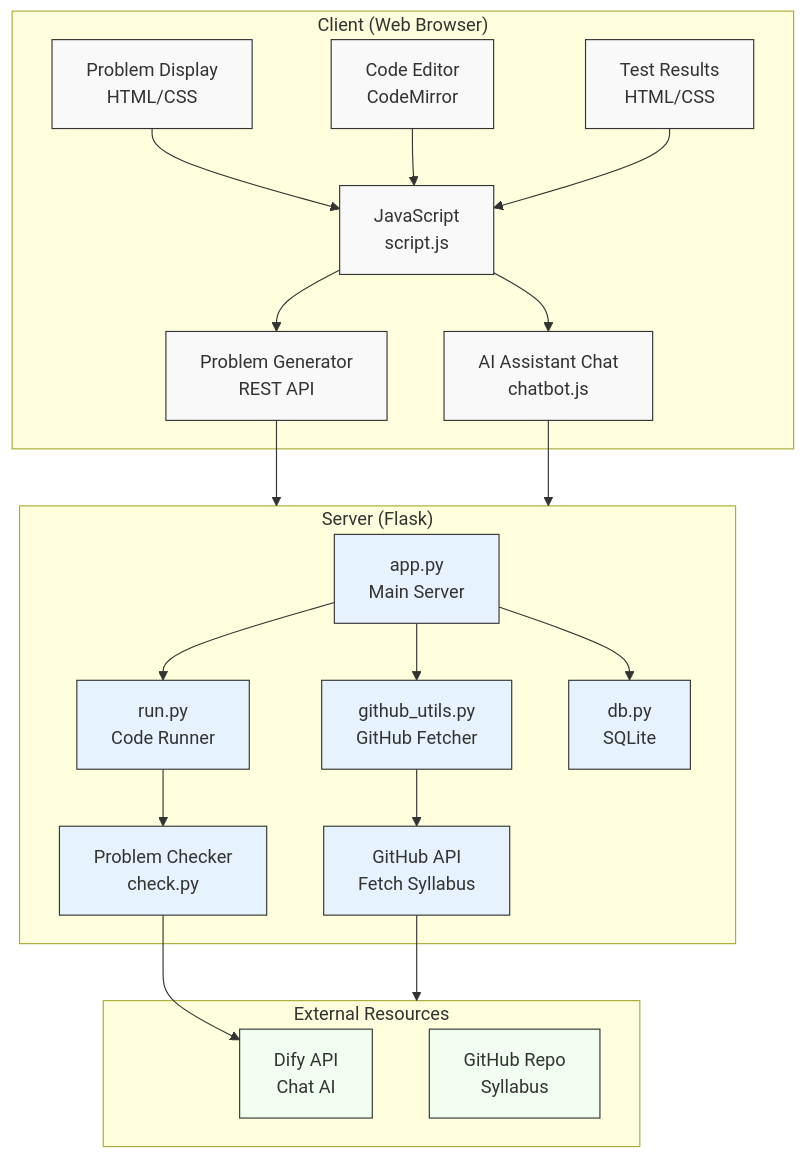
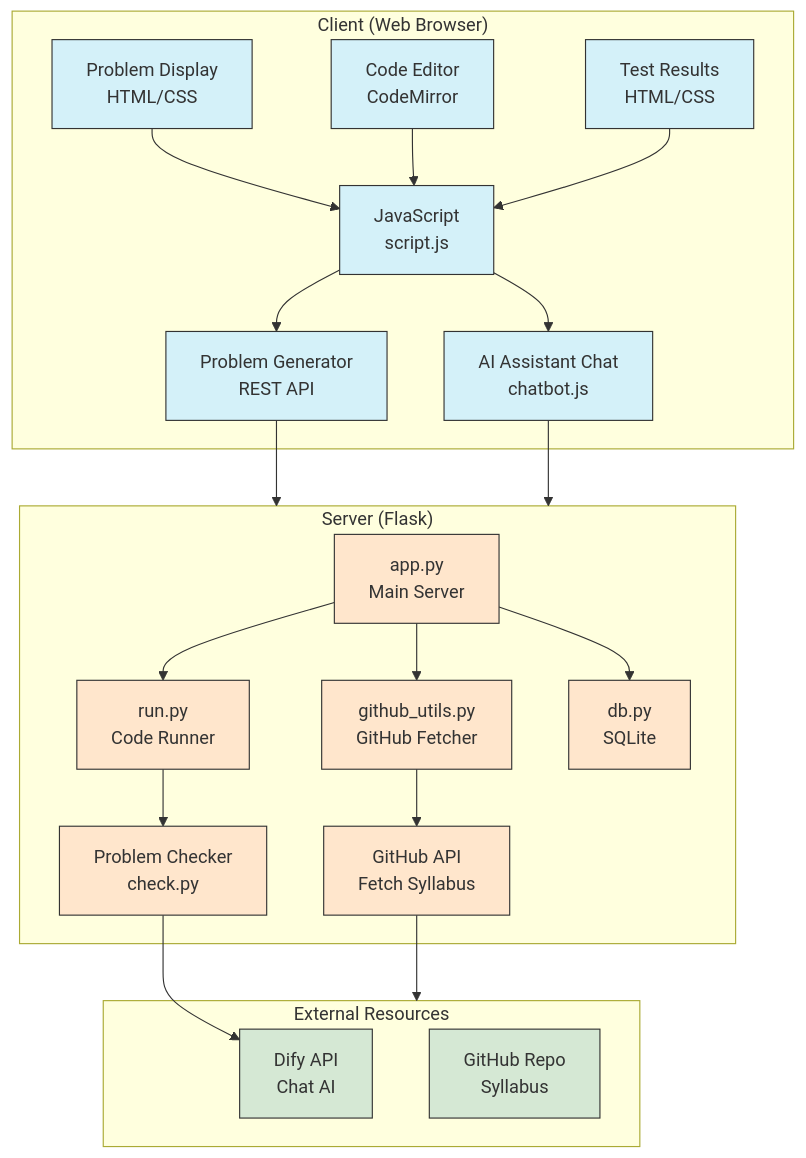
Before and after one commit to PatrickJYKang/problem_generator: the first of 5 diagrams in Architecture_and_Tech_Stack.md, drawn with Mermaid. The commit also changed other lines of this file, not shown here.

Commit message:
Improved Mermaid diagram colors for better readability and contrast

````diff
--- a/Architecture_and_Tech_Stack.md
+++ b/Architecture_and_Tech_Stack.md
@@ -5,51 +5,52 @@
 ```mermaid
 flowchart TB
     subgraph Client["Client (Web Browser)"]
         ProblemDisplay["Problem Display\nHTML/CSS"] 
         CodeEditor["Code Editor\nCodeMirror"] 
         TestResults["Test Results\nHTML/CSS"]
         JavaScript["JavaScript\nscript.js"]
         API["Problem Generator\nREST API"]
         Chat["AI Assistant Chat\nchatbot.js"]
         
         ProblemDisplay --> JavaScript
         CodeEditor --> JavaScript
         TestResults --> JavaScript
         JavaScript --> API
         JavaScript --> Chat
     end
     
     API --> Server
     Chat --> Server
     
     subgraph Server["Server (Flask)"]
         AppPy["app.py\nMain Server"]
         GitHubUtils["github_utils.py\nGitHub Fetcher"]
         RunPy["run.py\nCode Runner"]
         DbPy["db.py\nSQLite"]
         GitHubAPI["GitHub API\nFetch Syllabus"]
         Checker["Problem Checker\ncheck.py"]
         
         AppPy --> GitHubUtils
         AppPy --> RunPy
         AppPy --> DbPy
         GitHubUtils --> GitHubAPI
         RunPy --> Checker
     end
     
     GitHubAPI --> External
     Checker --> DifyAPI
     
     subgraph External["External Resources"]
         GitHubRepo["GitHub Repo\nSyllabus"]
         DifyAPI["Dify API\nChat AI"]
     end
     
-    classDef clientNodes fill:#f9f9f9,stroke:#333,stroke-width:1px;
-    classDef serverNodes fill:#e6f3ff,stroke:#333,stroke-width:1px;
-    classDef externalNodes fill:#f0fff0,stroke:#333,stroke-width:1px;
+    %% Using better contrasting colors for readability
+    classDef clientNodes fill:#d4f1f9,stroke:#333,stroke-width:1px;
+    classDef serverNodes fill:#ffe6cc,stroke:#333,stroke-width:1px;
+    classDef externalNodes fill:#d5e8d4,stroke:#333,stroke-width:1px;
     
     class ProblemDisplay,CodeEditor,TestResults,JavaScript,API,Chat clientNodes;
     class AppPy,GitHubUtils,RunPy,DbPy,GitHubAPI,Checker serverNodes;
     class GitHubRepo,DifyAPI externalNodes;
 ```
````
